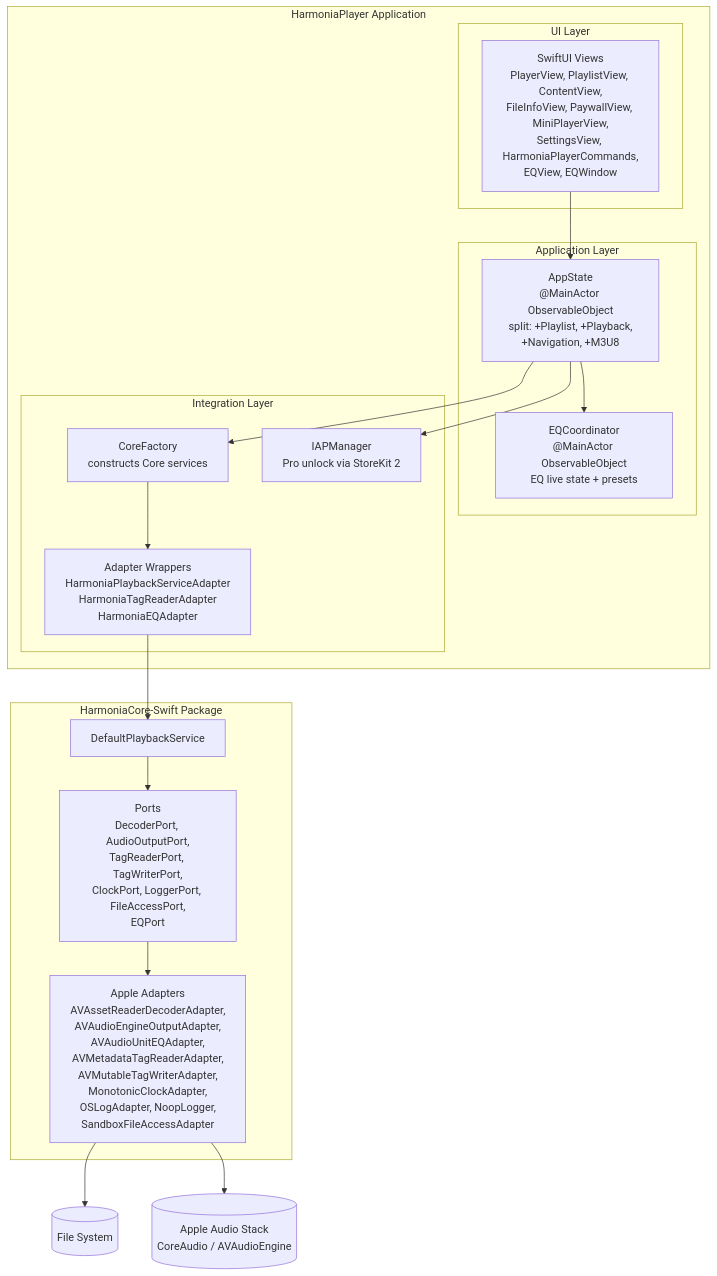
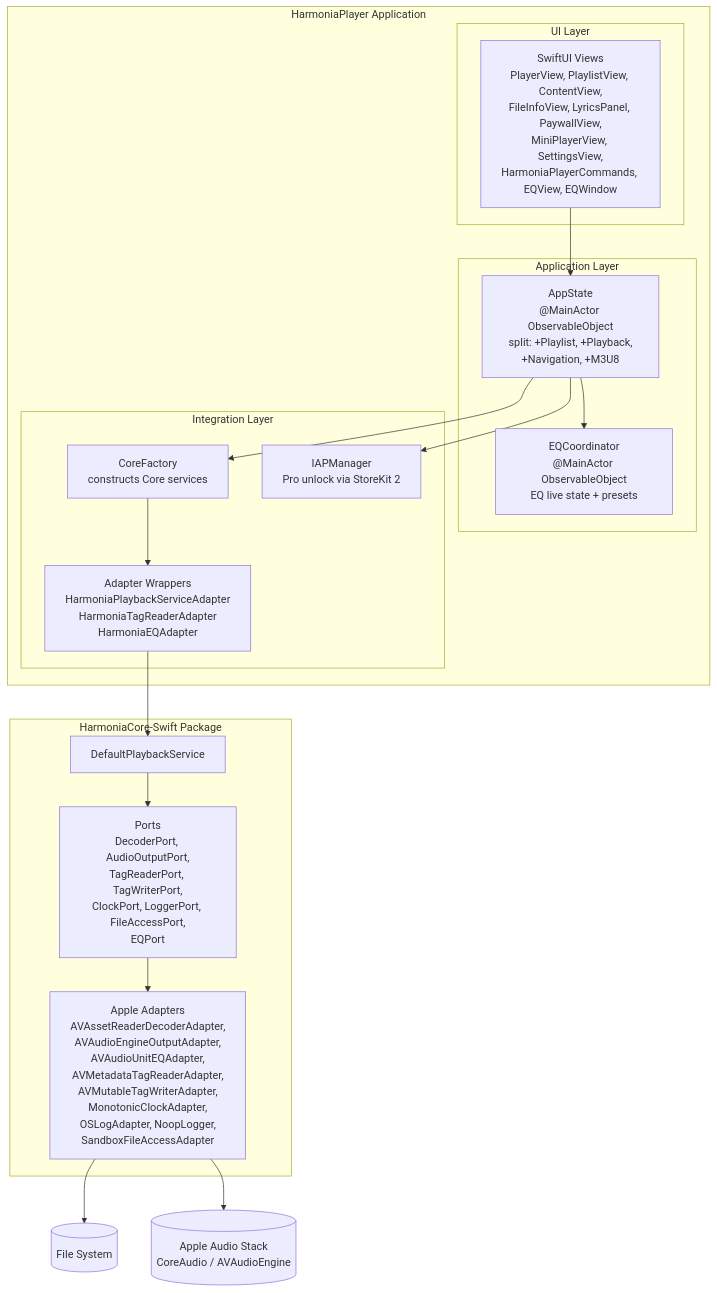
Before and after one commit to OneOfWolvesBilly/HarmoniaPlayer: the second of 2 diagrams in docs/architecture.md, drawn with Mermaid. The commit also changed other lines of this file and 4 other files, not shown here.

````diff
--- a/docs/architecture.md
+++ b/docs/architecture.md
@@ -115,70 +115,70 @@
 ```mermaid
 flowchart TB
     subgraph player[HarmoniaPlayer Application]
       subgraph ui[UI Layer]
         views[SwiftUI Views
 PlayerView, PlaylistView, ContentView,
-FileInfoView, PaywallView, MiniPlayerView,
-SettingsView, HarmoniaPlayerCommands,
-EQView, EQWindow]
+FileInfoView, LyricsPanel, PaywallView,
+MiniPlayerView, SettingsView,
+HarmoniaPlayerCommands, EQView, EQWindow]
       end
 
       subgraph appLayer[Application Layer]
         appState[AppState
 @MainActor ObservableObject
 split: +Playlist, +Playback,
 +Navigation, +M3U8]
         eqCoordinator[EQCoordinator
 @MainActor ObservableObject
 EQ live state + presets]
       end
 
       subgraph integration[Integration Layer]
         coreFactory[CoreFactory
 constructs Core services]
         iap[IAPManager
 Pro unlock via StoreKit 2]
         adapWrappers[Adapter Wrappers
 HarmoniaPlaybackServiceAdapter
 HarmoniaTagReaderAdapter
 HarmoniaEQAdapter]
       end
     end
 
     subgraph coreSwift[HarmoniaCore-Swift Package]
       service[DefaultPlaybackService]
       ports[Ports
 DecoderPort, AudioOutputPort,
 TagReaderPort, TagWriterPort,
 ClockPort, LoggerPort, FileAccessPort,
 EQPort]
       adapters[Apple Adapters
 AVAssetReaderDecoderAdapter,
 AVAudioEngineOutputAdapter,
 AVAudioUnitEQAdapter,
 AVMetadataTagReaderAdapter,
 AVMutableTagWriterAdapter,
 MonotonicClockAdapter,
 OSLogAdapter, NoopLogger,
 SandboxFileAccessAdapter]
     end
 
     fs[(File System)]
     audioStack[(Apple Audio Stack
 CoreAudio / AVAudioEngine)]
 
     views --> appState
     appState --> eqCoordinator
 
     appState --> coreFactory
     appState --> iap
 
     coreFactory --> adapWrappers
     adapWrappers --> service
 
     service --> ports
     ports --> adapters
 
     adapters --> fs
     adapters --> audioStack
 ```
````
